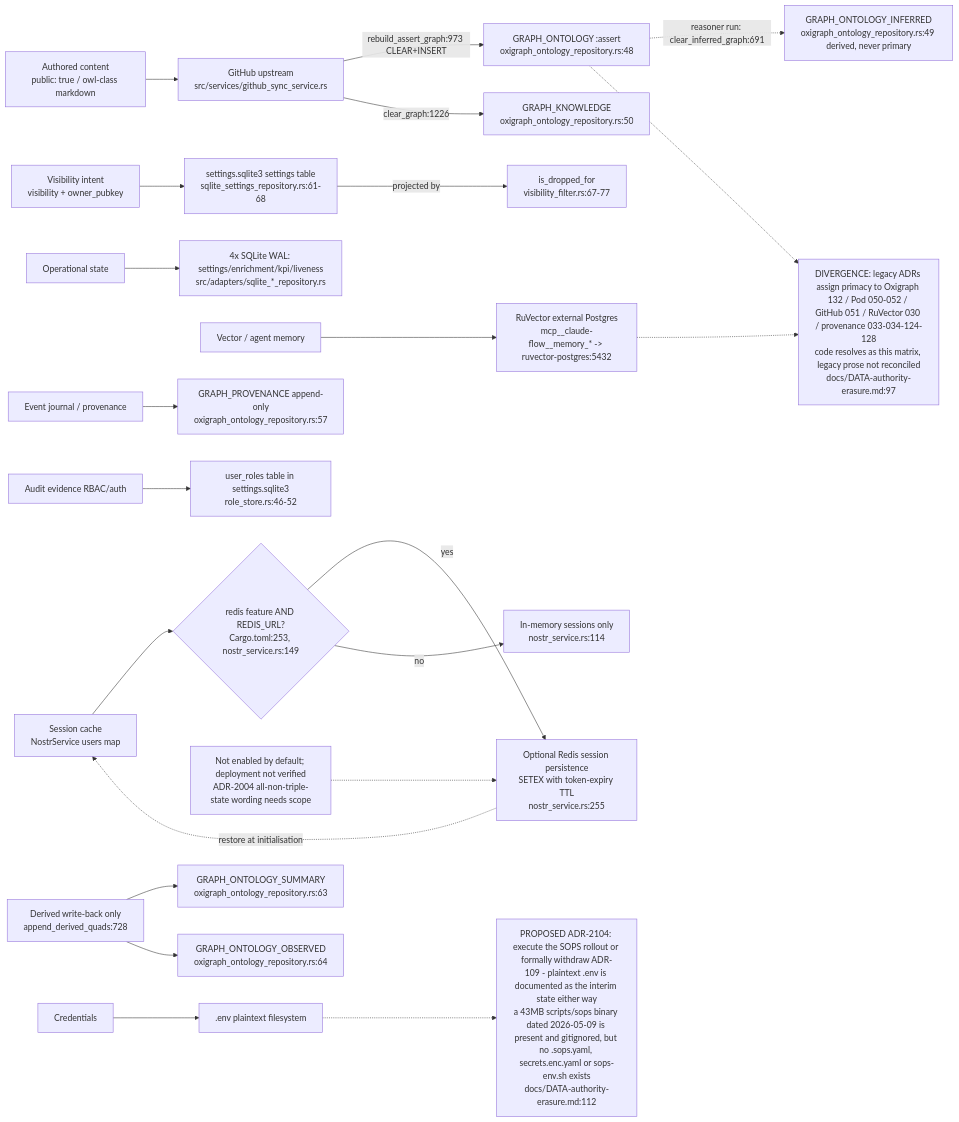
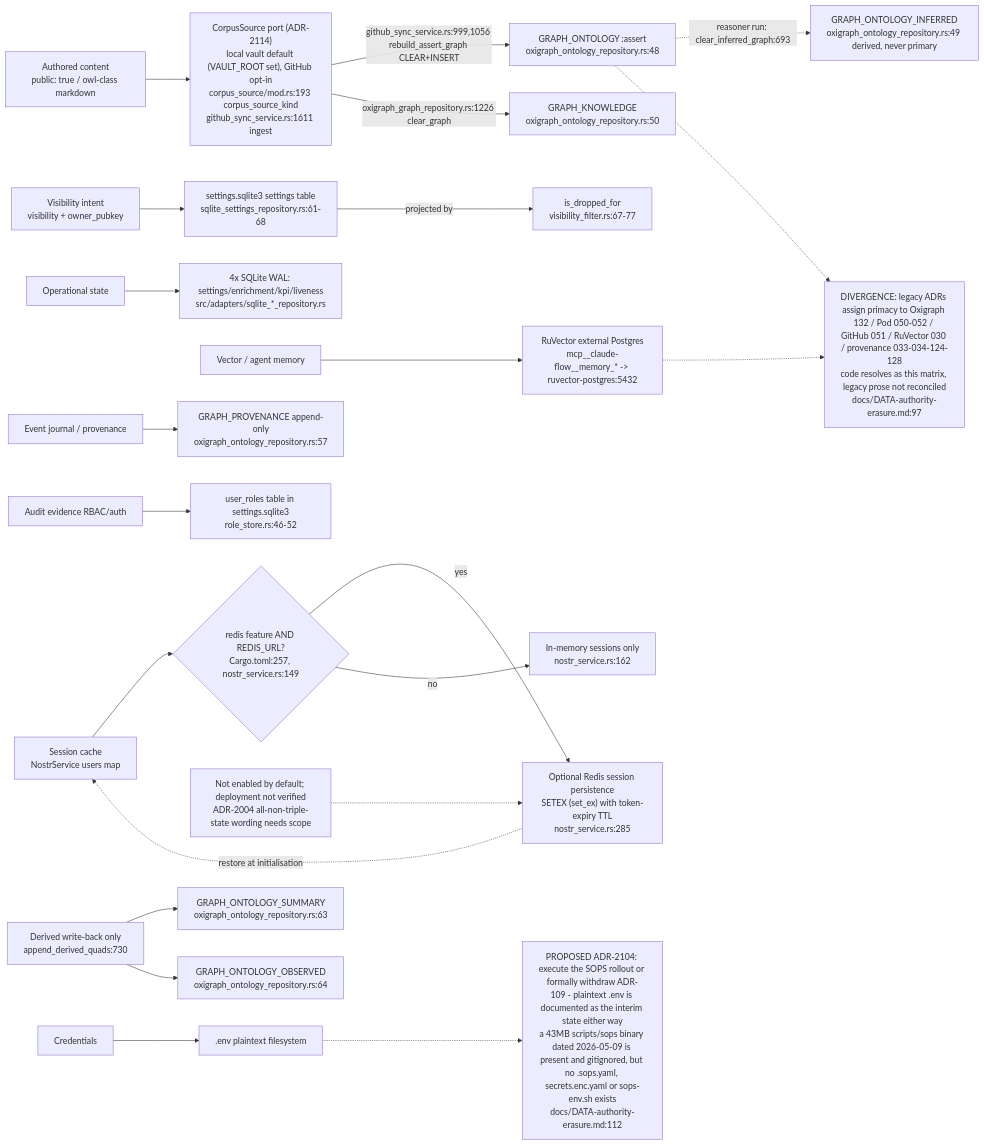
Before and after one commit to DreamLab-AI/VisionFlow: the first of 11 diagrams in docs/diagrams/visionclaw/22-data-authority-provenance-erasure.md, drawn with Mermaid. The commit also changed other lines of this file and 136 other files, not shown here.

First line of the commit message:
docs(diagrams): refresh the whole corpus to code HEAD and prune low-value diagrams

````diff
--- a/docs/diagrams/visionclaw/22-data-authority-provenance-erasure.md
+++ b/docs/diagrams/visionclaw/22-data-authority-provenance-erasure.md
@@ -47,37 +49,37 @@
 ```mermaid
 flowchart LR
-    AuthContent["Authored content<br/>public: true / owl-class markdown"] --> GitHub["GitHub upstream<br/>src/services/github_sync_service.rs"]
-    GitHub -->|"rebuild_assert_graph:973 CLEAR+INSERT"| AssertGraph["GRAPH_ONTOLOGY :assert<br/>oxigraph_ontology_repository.rs:48"]
-    GitHub -->|"clear_graph:1226"| KnowledgeGraph["GRAPH_KNOWLEDGE<br/>oxigraph_ontology_repository.rs:50"]
+    AuthContent["Authored content<br/>public: true / owl-class markdown"] --> CorpusSrc["CorpusSource port (ADR-2114)<br/>local vault default (VAULT_ROOT set), GitHub opt-in<br/>corpus_source/mod.rs:193 corpus_source_kind<br/>github_sync_service.rs:1611 ingest"]
+    CorpusSrc -->|"github_sync_service.rs:999,1056 rebuild_assert_graph CLEAR+INSERT"| AssertGraph["GRAPH_ONTOLOGY :assert<br/>oxigraph_ontology_repository.rs:48"]
+    CorpusSrc -->|"oxigraph_graph_repository.rs:1226 clear_graph"| KnowledgeGraph["GRAPH_KNOWLEDGE<br/>oxigraph_ontology_repository.rs:50"]
 
     VisIntent["Visibility intent<br/>visibility + owner_pubkey"] --> SettingsDB["settings.sqlite3 settings table<br/>sqlite_settings_repository.rs:61-68"]
     SettingsDB -->|"projected by"| VisFilter["is_dropped_for<br/>visibility_filter.rs:67-77"]
 
-    AssertGraph -.->|"reasoner run: clear_inferred_graph:691"| InferredGraph["GRAPH_ONTOLOGY_INFERRED<br/>oxigraph_ontology_repository.rs:49 derived, never primary"]
+    AssertGraph -.->|"reasoner run: clear_inferred_graph:693"| InferredGraph["GRAPH_ONTOLOGY_INFERRED<br/>oxigraph_ontology_repository.rs:49 derived, never primary"]
 
     OpState["Operational state"] --> SqliteFour["4x SQLite WAL: settings/enrichment/kpi/liveness<br/>src/adapters/sqlite_*_repository.rs"]
 
     VectorMem["Vector / agent memory"] --> RuVector["RuVector external Postgres<br/>mcp__claude-flow__memory_* -> ruvector-postgres:5432"]
 
     EventJournal["Event journal / provenance"] --> ProvGraph["GRAPH_PROVENANCE append-only<br/>oxigraph_ontology_repository.rs:57"]
 
     AuditRBAC["Audit evidence RBAC/auth"] --> RoleTable["user_roles table in settings.sqlite3<br/>role_store.rs:46-52"]
 
-    Sessions["Session cache<br/>NostrService users map"] --> RedisGate{"redis feature AND REDIS_URL?<br/>Cargo.toml:253, nostr_service.rs:149"}
-    RedisGate -->|yes| Redis["Optional Redis session persistence<br/>SETEX with token-expiry TTL<br/>nostr_service.rs:255"]
-    RedisGate -->|no| Memory["In-memory sessions only<br/>nostr_service.rs:114"]
+    Sessions["Session cache<br/>NostrService users map"] --> RedisGate{"redis feature AND REDIS_URL?<br/>Cargo.toml:257, nostr_service.rs:149"}
+    RedisGate -->|yes| Redis["Optional Redis session persistence<br/>SETEX (set_ex) with token-expiry TTL<br/>nostr_service.rs:285"]
+    RedisGate -->|no| Memory["In-memory sessions only<br/>nostr_service.rs:162"]
     Redis -.->|"restore at initialisation"| Sessions
     RedisScope["Not enabled by default; deployment not verified<br/>ADR-2004 all-non-triple-state wording needs scope"] -.-> Redis
 
     Credentials["Credentials"] --> DotEnv[".env plaintext filesystem"]
 
-    DerivedWB["Derived write-back only<br/>append_derived_quads:728"] --> SummaryGraph["GRAPH_ONTOLOGY_SUMMARY<br/>oxigraph_ontology_repository.rs:63"]
+    DerivedWB["Derived write-back only<br/>append_derived_quads:730"] --> SummaryGraph["GRAPH_ONTOLOGY_SUMMARY<br/>oxigraph_ontology_repository.rs:63"]
     DerivedWB --> ObservedGraph["GRAPH_ONTOLOGY_OBSERVED<br/>oxigraph_ontology_repository.rs:64"]
 
     DivLegacy["DIVERGENCE: legacy ADRs assign primacy to Oxigraph 132 / Pod 050-052 / GitHub 051 / RuVector 030 / provenance 033-034-124-128<br/>code resolves as this matrix, legacy prose not reconciled<br/>docs/DATA-authority-erasure.md:97"]
     AssertGraph -.-> DivLegacy
     RuVector -.-> DivLegacy
 
     DivCreds["PROPOSED ADR-2104: execute the SOPS rollout or formally withdraw ADR-109 - plaintext .env is documented as the interim state either way<br/>a 43MB scripts/sops binary dated 2026-05-09 is present and gitignored, but no .sops.yaml, secrets.enc.yaml or sops-env.sh exists<br/>docs/DATA-authority-erasure.md:112"]
     DotEnv -.-> DivCreds
 ```
````
